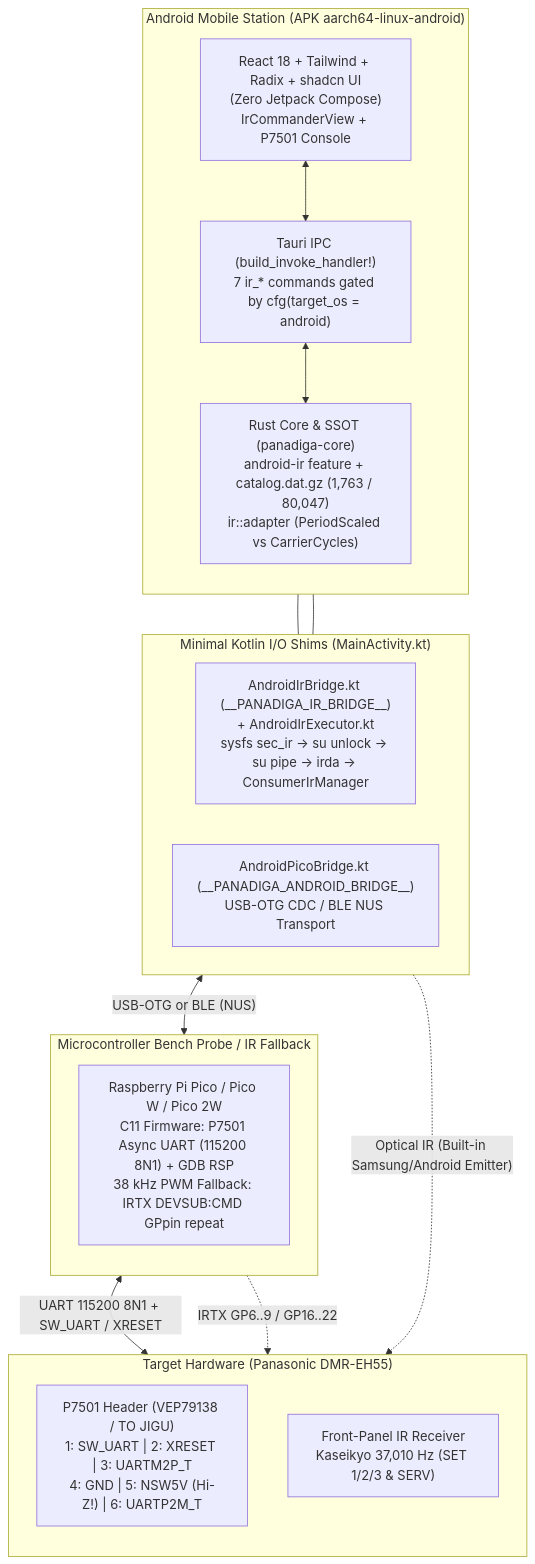
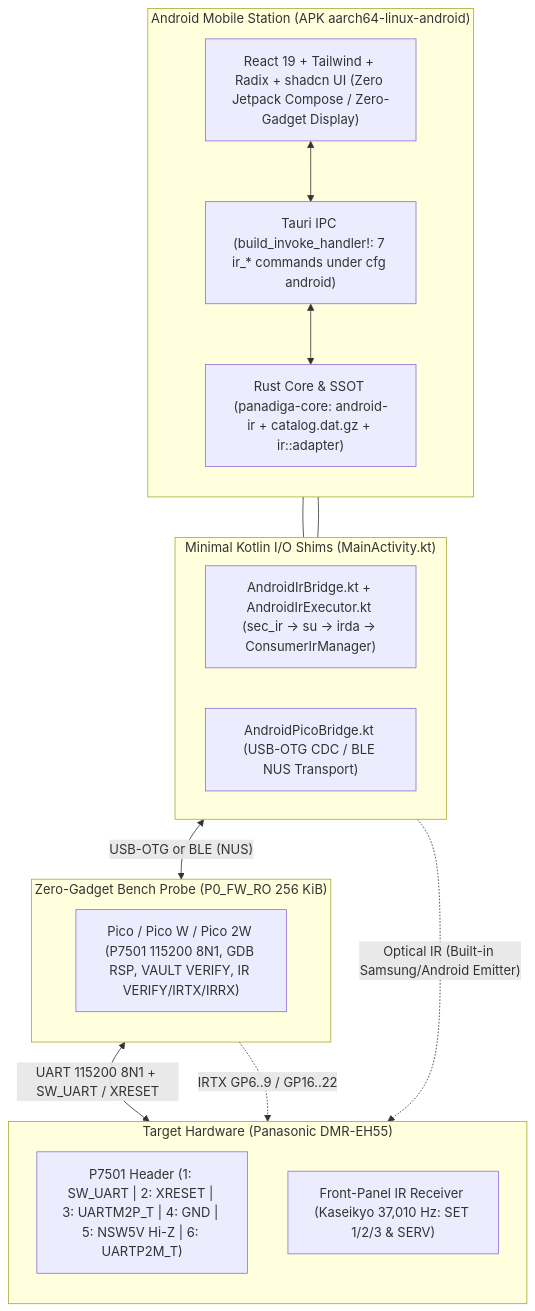
One commit to orgchrono/Panadiga changed the first of 2 diagrams in docs/en-US/ANDROID_APK_AND_BLUETOOTH_ARCHITECTURE.md. Above: the diagram before and after it, drawn with Mermaid. The commit also changed other lines of this file and 83 other files, not shown here.

First line of the commit message:
fix(android,ci): build dual-abi signed universal apk & verify release manifest

````diff
--- a/docs/en-US/ANDROID_APK_AND_BLUETOOTH_ARCHITECTURE.md
+++ b/docs/en-US/ANDROID_APK_AND_BLUETOOTH_ARCHITECTURE.md
@@ -22,35 +22,35 @@
 ```mermaid
 flowchart TD
     subgraph Mobile["Android Mobile Station (APK aarch64-linux-android)"]
         direction TB
-        UI["React 18 + Tailwind + Radix + shadcn UI<br/>(Zero Jetpack Compose)<br/>IrCommanderView + P7501 Console"]
-        IPC["Tauri IPC (build_invoke_handler!)<br/>7 ir_* commands gated by cfg(target_os = android)"]
-        RUST["Rust Core & SSOT (panadiga-core)<br/>android-ir feature + catalog.dat.gz (1,763 / 80,047)<br/>ir::adapter (PeriodScaled vs CarrierCycles)"]
+        UI["React 19 + Tailwind + Radix + shadcn UI (Zero Jetpack Compose / Zero-Gadget Display)"]
+        IPC["Tauri IPC (build_invoke_handler!: 7 ir_* commands under cfg android)"]
+        RUST["Rust Core & SSOT (panadiga-core: android-ir + catalog.dat.gz + ir::adapter)"]
         UI <--> IPC
         IPC <--> RUST
     end
 
     subgraph KotlinShim["Minimal Kotlin I/O Shims (MainActivity.kt)"]
         direction LR
-        IR_SHIM["AndroidIrBridge.kt (__PANADIGA_IR_BRIDGE__)<br/>+ AndroidIrExecutor.kt<br/>sysfs sec_ir -> su unlock -> su pipe -> irda -> ConsumerIrManager"]
-        PICO_SHIM["AndroidPicoBridge.kt (__PANADIGA_ANDROID_BRIDGE__)<br/>USB-OTG CDC / BLE NUS Transport"]
+        IR_SHIM["AndroidIrBridge.kt + AndroidIrExecutor.kt (sec_ir -> su -> irda -> ConsumerIrManager)"]
+        PICO_SHIM["AndroidPicoBridge.kt (USB-OTG CDC / BLE NUS Transport)"]
         RUST --- IR_SHIM
         RUST --- PICO_SHIM
     end
 
-    subgraph Probe["Microcontroller Bench Probe / IR Fallback"]
+    subgraph Probe["Zero-Gadget Bench Probe (P0_FW_RO 256 KiB)"]
         direction TB
-        PICO["Raspberry Pi Pico / Pico W / Pico 2W<br/>C11 Firmware: P7501 Async UART (115200 8N1) + GDB RSP<br/>38 kHz PWM Fallback: IRTX DEVSUB:CMD GPpin repeat"]
+        PICO["Pico / Pico W / Pico 2W (P7501 115200 8N1, GDB RSP, VAULT VERIFY, IR VERIFY/IRTX/IRRX)"]
     end
 
     subgraph Target["Target Hardware (Panasonic DMR-EH55)"]
         direction TB
-        P7501["P7501 Header (VEP79138 / TO JIGU)<br/>1: SW_UART | 2: XRESET | 3: UARTM2P_T<br/>4: GND | 5: NSW5V (Hi-Z!) | 6: UARTP2M_T"]
-        IR_RX["Front-Panel IR Receiver<br/>Kaseikyo 37,010 Hz (SET 1/2/3 & SERV)"]
+        P7501["P7501 Header (1: SW_UART | 2: XRESET | 3: UARTM2P_T | 4: GND | 5: NSW5V Hi-Z | 6: UARTP2M_T)"]
+        IR_RX["Front-Panel IR Receiver (Kaseikyo 37,010 Hz: SET 1/2/3 & SERV)"]
     end
 
     PICO_SHIM <-->|"USB-OTG or BLE (NUS)"| PICO
     PICO <-->|"UART 115200 8N1 + SW_UART / XRESET"| P7501
     IR_SHIM -.->|"Optical IR (Built-in Samsung/Android Emitter)"| IR_RX
     PICO -.->|"IRTX GP6..9 / GP16..22"| IR_RX
 ```
````
